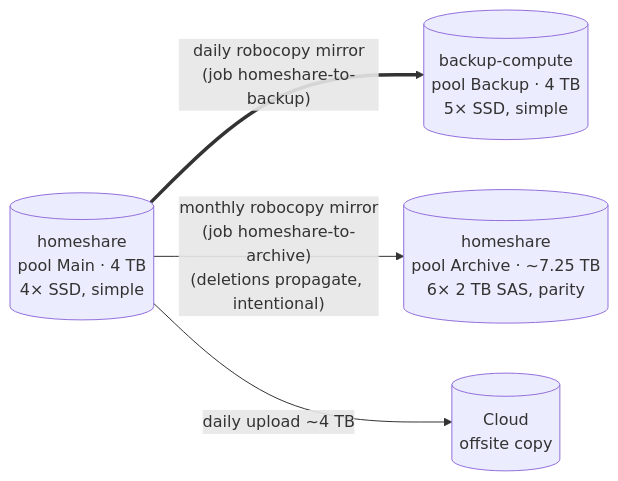
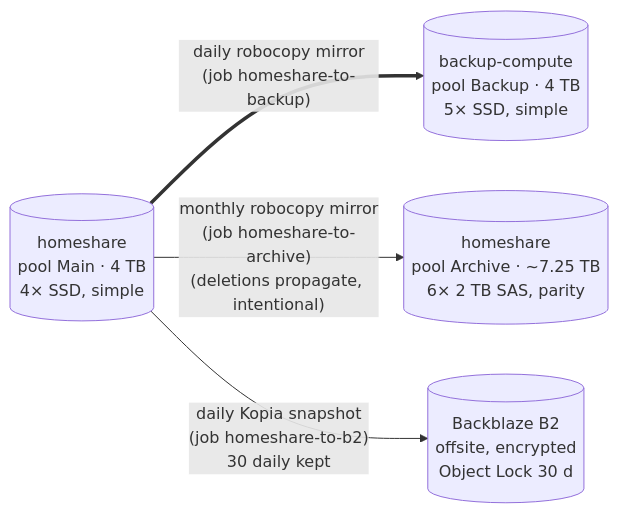
The second of 2 diagrams in docs/topology.md (j-will178/homelab-showcase), drawn with Mermaid before and after one commit. The commit also changed other lines of this file and 12 other files, not shown here.

````diff
--- a/docs/topology.md
+++ b/docs/topology.md
@@ -93,11 +93,11 @@
 ```mermaid
 flowchart LR
     M1P[("homeshare<br/>pool Main · 4 TB<br/>4× SSD, simple")]
     M2P[("backup-compute<br/>pool Backup · 4 TB<br/>5× SSD, simple")]
     ARC[("homeshare<br/>pool Archive · ~7.25 TB<br/>6× 2 TB SAS, parity")]
-    CLOUD[("Cloud<br/>offsite copy")]
+    CLOUD[("Backblaze B2<br/>offsite, encrypted<br/>Object Lock 30 d")]
 
     M1P ==>|"daily robocopy mirror<br/>(job homeshare-to-backup)"| M2P
     M1P -- "monthly robocopy mirror<br/>(job homeshare-to-archive)<br/>(deletions propagate, intentional)" --> ARC
-    M1P -- "daily upload ~4 TB" --> CLOUD
+    M1P -- "daily Kopia snapshot<br/>(job homeshare-to-b2)<br/>30 daily kept" --> CLOUD
 ```
````
